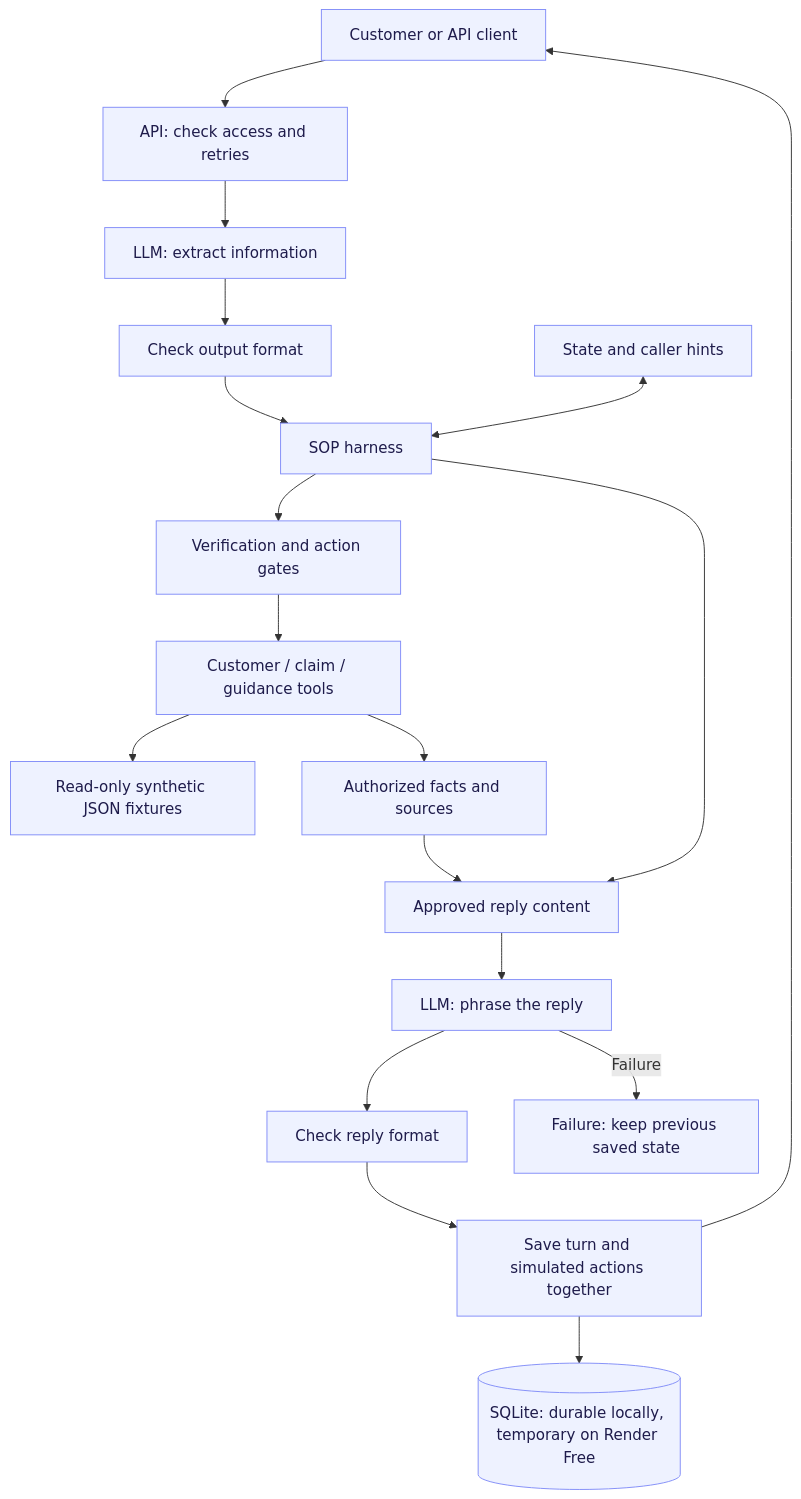
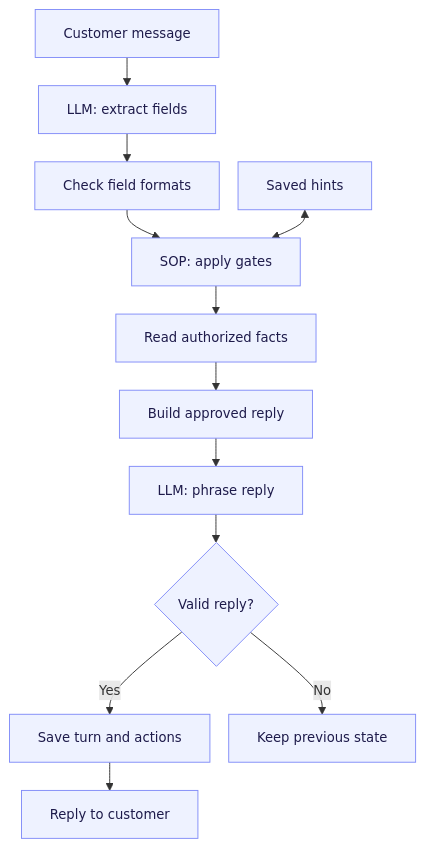
One commit to XinhaoTheo/insurance-claims-sop-agent changed the first of 10 diagrams in docs/architecture.md. Above: the diagram before and after it, drawn with Mermaid. The commit also changed other lines of this file and 1 other file, not shown here.

Commit message:
docs: fit diagrams to page width

````diff
--- a/docs/architecture.md
+++ b/docs/architecture.md
@@ -7,22 +7,17 @@
 ```mermaid
+%%{init: {"flowchart": {"nodeSpacing": 20, "rankSpacing": 30}, "themeVariables": {"fontSize": "14px"}}}%%
 flowchart TD
-    User["Customer or API client"] --> API["API: check access and retries"]
-    API --> Parse["LLM: extract information"]
-    Parse --> Schema["Check output format"]
-    Schema --> Harness["SOP harness"]
-    Memory["State and caller hints"] <--> Harness
-    Harness --> Gates["Verification and action gates"]
-    Gates --> Tools["Customer / claim / guidance tools"]
-    Tools --> Fixtures["Read-only synthetic JSON fixtures"]
-    Tools --> Facts["Authorized facts and sources"]
-    Facts --> Plan["Approved reply content"]
-    Harness --> Plan
-    Plan --> Render["LLM: phrase the reply"]
-    Render --> Check["Check reply format"]
-    Check --> Persist["Save turn and simulated actions together"]
-    Render -->|Failure| Rollback["Failure: keep previous saved state"]
-    Persist --> SQLite[("SQLite: durable locally, temporary on Render Free")]
-    Persist --> User
+    Input["Customer message"] --> Analyze["LLM: extract fields"]
+    Analyze --> Validate["Check field formats"]
+    Validate --> SOP["SOP: apply gates"]
+    Memory["Saved hints"] <--> SOP
+    SOP --> Facts["Read authorized facts"]
+    Facts --> Plan["Build approved reply"]
+    Plan --> Render["LLM: phrase reply"]
+    Render --> Check{"Valid reply?"}
+    Check -->|Yes| Save["Save turn and actions"]
+    Check -->|No| Retry["Keep previous state"]
+    Save --> UI["Reply to customer"]
 
     classDef default fill:#eef2ff,stroke:#818cf8,color:#1e1b4b;
 ```
````
